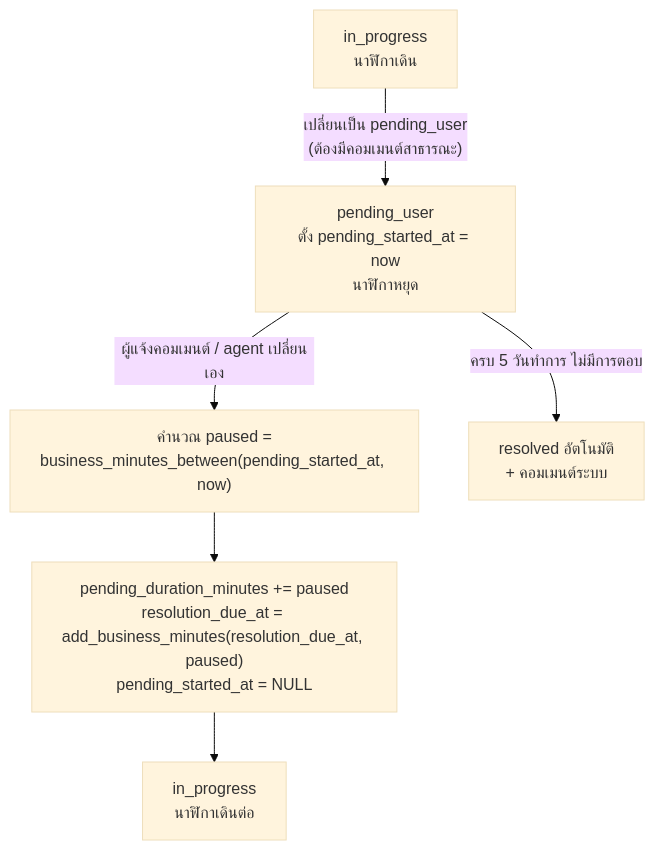
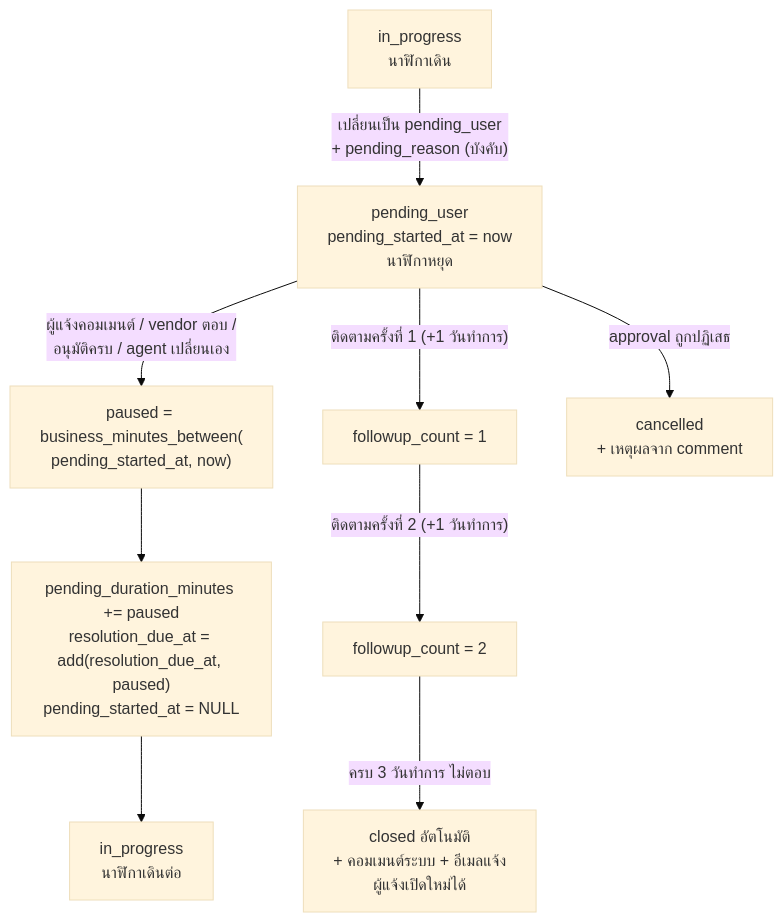
Before and after one commit to pradit2527/aidc-helpdesk: the diagram in docs/11-sla-engine.md, drawn with Mermaid (base theme). The commit also changed other lines of this file and 3 other files, not shown here.

````diff
--- a/docs/11-sla-engine.md
+++ b/docs/11-sla-engine.md
@@ -49,8 +68,11 @@
 ```mermaid
 flowchart TD
-    A["in_progress<br/>นาฬิกาเดิน"] -->|"เปลี่ยนเป็น pending_user<br/>(ต้องมีคอมเมนต์สาธารณะ)"| B["pending_user<br/>ตั้ง pending_started_at = now<br/>นาฬิกาหยุด"]
-    B -->|"ผู้แจ้งคอมเมนต์ / agent เปลี่ยนเอง"| C["คำนวณ paused =<br/>business_minutes_between(pending_started_at, now)"]
-    C --> D["pending_duration_minutes += paused<br/>resolution_due_at = add_business_minutes(resolution_due_at, paused)<br/>pending_started_at = NULL"]
+    A["in_progress<br/>นาฬิกาเดิน"] -->|"เปลี่ยนเป็น pending_user<br/>+ pending_reason (บังคับ)"| B["pending_user<br/>pending_started_at = now<br/>นาฬิกาหยุด"]
+    B -->|"ผู้แจ้งคอมเมนต์ / vendor ตอบ /<br/>อนุมัติครบ / agent เปลี่ยนเอง"| C["paused = business_minutes_between(<br/>pending_started_at, now)"]
+    C --> D["pending_duration_minutes += paused<br/>resolution_due_at = add(resolution_due_at, paused)<br/>pending_started_at = NULL"]
     D --> E["in_progress<br/>นาฬิกาเดินต่อ"]
-    B -->|"ครบ 5 วันทำการ ไม่มีการตอบ"| F["resolved อัตโนมัติ<br/>+ คอมเมนต์ระบบ"]
+    B -->|"ติดตามครั้งที่ 1 (+1 วันทำการ)"| F["followup_count = 1"]
+    F -->|"ติดตามครั้งที่ 2 (+1 วันทำการ)"| G["followup_count = 2"]
+    G -->|"ครบ 3 วันทำการ ไม่ตอบ"| H["closed อัตโนมัติ<br/>+ คอมเมนต์ระบบ + อีเมลแจ้ง<br/>ผู้แจ้งเปิดใหม่ได้"]
+    B -->|"approval ถูกปฏิเสธ"| I["cancelled<br/>+ เหตุผลจาก comment"]
 ```
````
